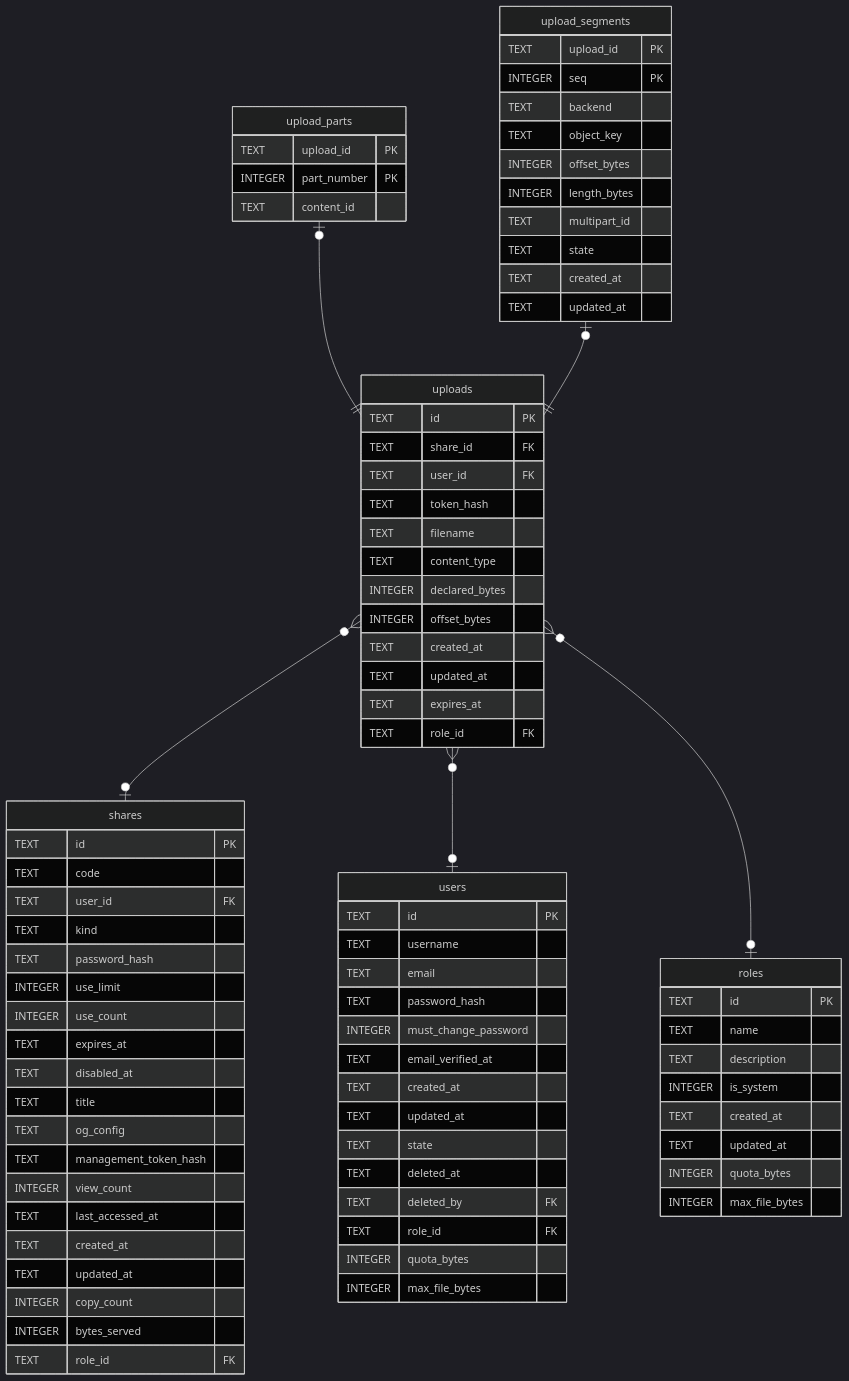
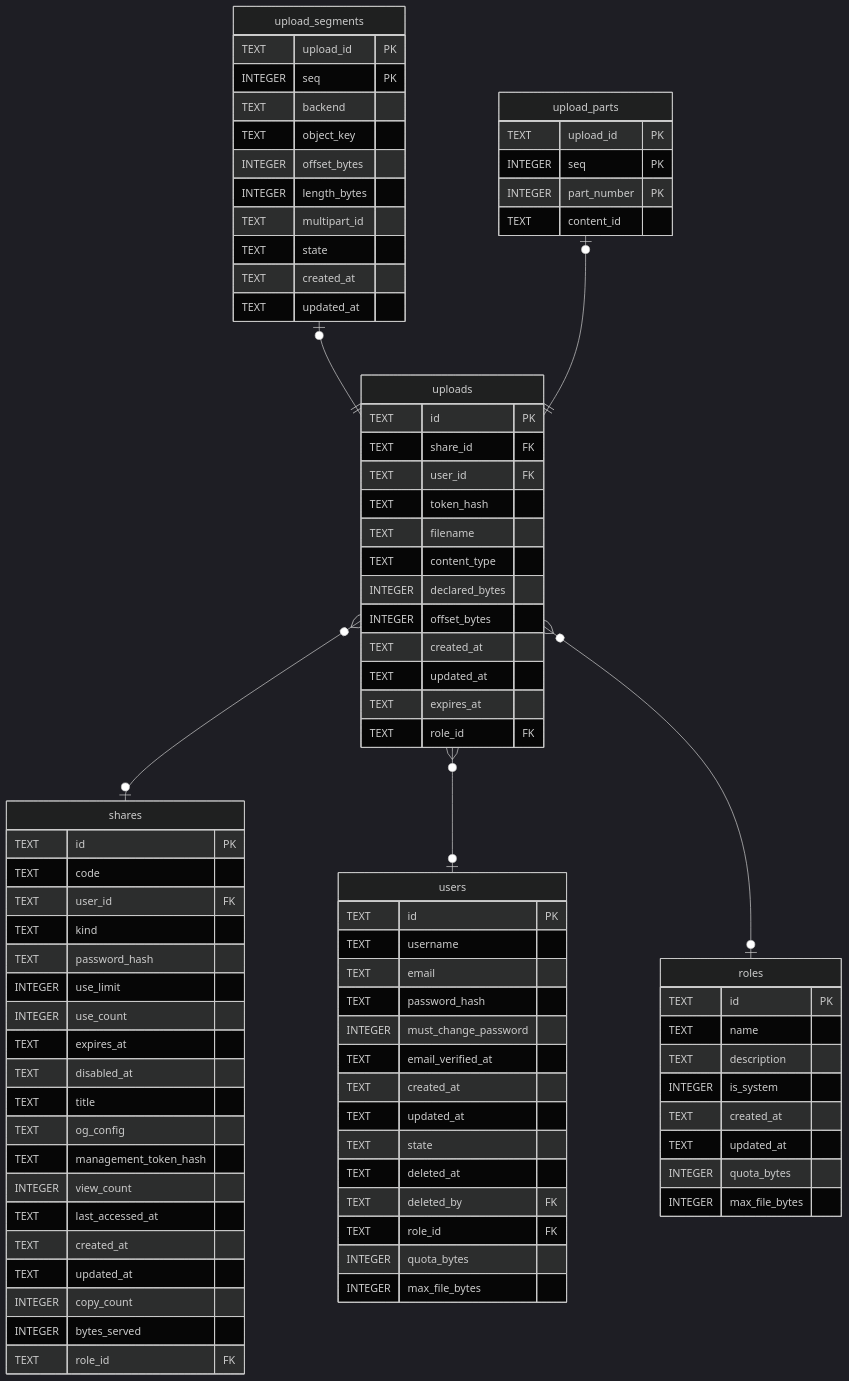
Before and after one commit to Limatura/tessera: the diagram in docs/schema/uploads.md, drawn with Mermaid (dark theme). The commit also changed other lines of this file and 15 other files, not shown here.

````diff
--- a/docs/schema/uploads.md
+++ b/docs/schema/uploads.md
@@ -72,8 +72,8 @@
 ```mermaid
 erDiagram
 
+"upload_segments" |o--|| "uploads" : ""
 "upload_parts" |o--|| "uploads" : ""
-"upload_segments" |o--|| "uploads" : ""
 "uploads" }o--o| "shares" : ""
 "uploads" }o--o| "users" : ""
 "uploads" }o--o| "roles" : ""
@@ -92,11 +92,6 @@
   TEXT expires_at
   TEXT role_id FK
 }
-"upload_parts" {
-  TEXT upload_id PK
-  INTEGER part_number PK
-  TEXT content_id
-}
 "upload_segments" {
   TEXT upload_id PK
   INTEGER seq PK
@@ -108,6 +103,12 @@
   TEXT state
   TEXT created_at
   TEXT updated_at
+}
+"upload_parts" {
+  TEXT upload_id PK
+  INTEGER seq PK
+  INTEGER part_number PK
+  TEXT content_id
 }
 "shares" {
   TEXT id PK
````
